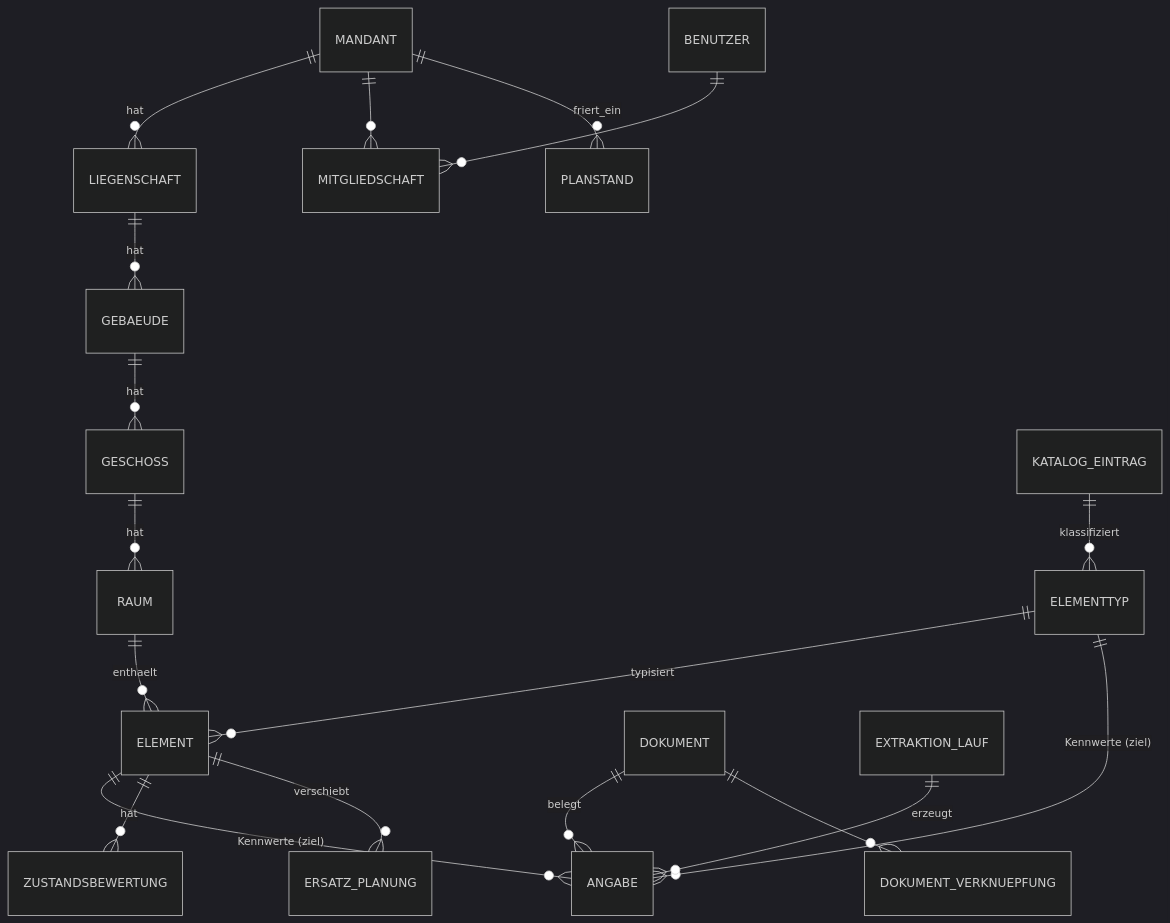
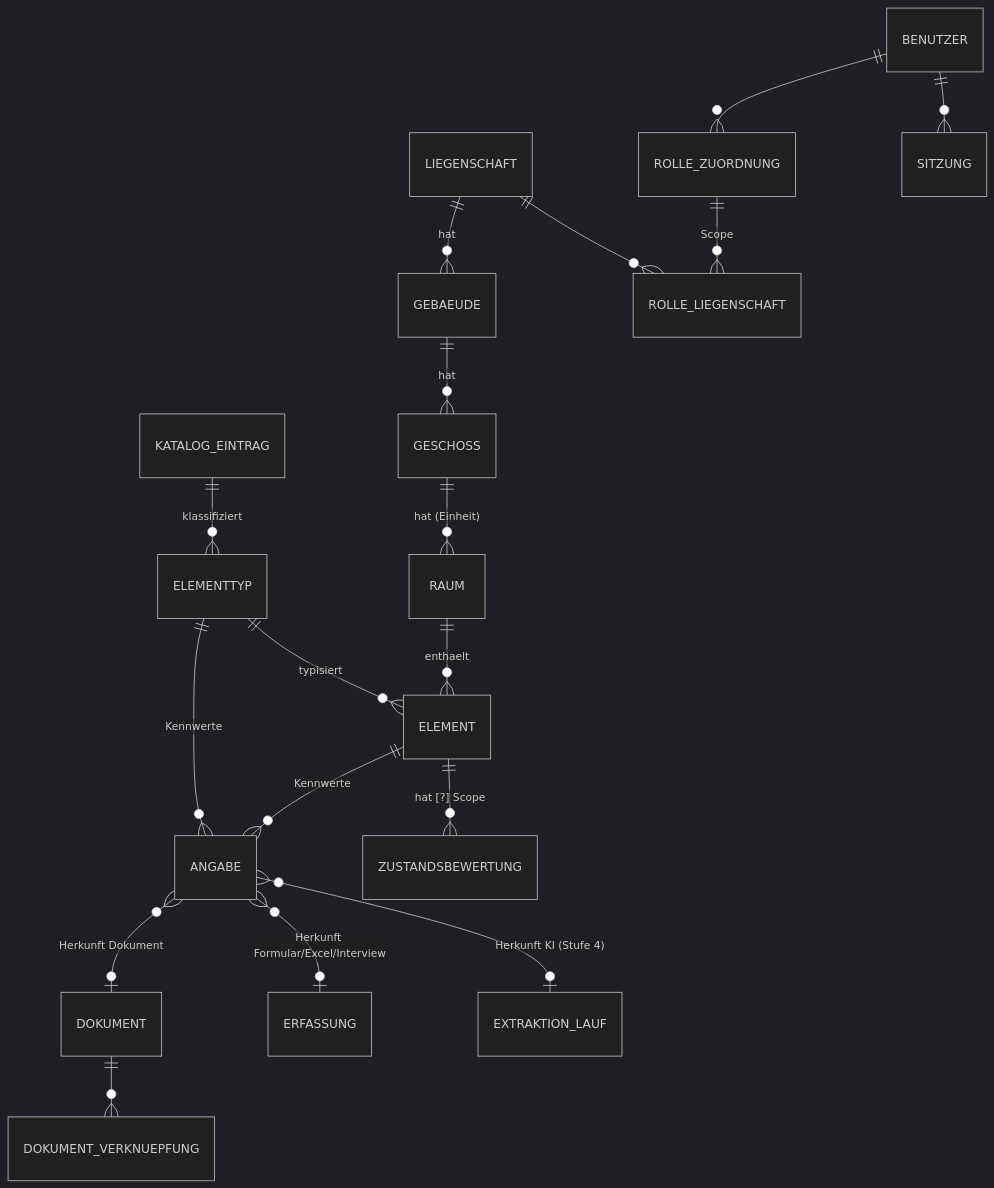
The fourth of 7 diagrams in docs/architektur/03-architektur.md (mattarge04-gif/Planora), drawn with Mermaid (dark theme) before and after one commit. The commit also changed other lines of this file, not shown here.

````diff
--- a/docs/architektur/03-architektur.md
+++ b/docs/architektur/03-architektur.md
@@ -228,20 +228,20 @@
 ```mermaid
 erDiagram
-  MANDANT ||--o{ LIEGENSCHAFT : hat
   LIEGENSCHAFT ||--o{ GEBAEUDE : hat
   GEBAEUDE ||--o{ GESCHOSS : hat
-  GESCHOSS ||--o{ RAUM : hat
+  GESCHOSS ||--o{ RAUM : "hat (Einheit)"
   RAUM ||--o{ ELEMENT : enthaelt
   ELEMENTTYP ||--o{ ELEMENT : typisiert
   KATALOG_EINTRAG ||--o{ ELEMENTTYP : klassifiziert
-  ELEMENT ||--o{ ANGABE : "Kennwerte (ziel)"
-  ELEMENTTYP ||--o{ ANGABE : "Kennwerte (ziel)"
-  DOKUMENT ||--o{ ANGABE : belegt
-  EXTRAKTION_LAUF ||--o{ ANGABE : erzeugt
+  ELEMENT ||--o{ ANGABE : "Kennwerte"
+  ELEMENTTYP ||--o{ ANGABE : "Kennwerte"
+  ANGABE }o--o| DOKUMENT : "Herkunft Dokument"
+  ANGABE }o--o| ERFASSUNG : "Herkunft Formular/Excel/Interview"
+  ANGABE }o--o| EXTRAKTION_LAUF : "Herkunft KI (Stufe 4)"
   DOKUMENT ||--o{ DOKUMENT_VERKNUEPFUNG : ""
-  ELEMENT ||--o{ ZUSTANDSBEWERTUNG : hat
-  ELEMENT ||--o{ ERSATZ_PLANUNG : verschiebt
-  MANDANT ||--o{ MITGLIEDSCHAFT : ""
-  BENUTZER ||--o{ MITGLIEDSCHAFT : ""
-  MANDANT ||--o{ PLANSTAND : friert_ein
+  ELEMENT ||--o{ ZUSTANDSBEWERTUNG : "hat [?] Scope"
+  BENUTZER ||--o{ ROLLE_ZUORDNUNG : ""
+  ROLLE_ZUORDNUNG ||--o{ ROLLE_LIEGENSCHAFT : "Scope"
+  LIEGENSCHAFT ||--o{ ROLLE_LIEGENSCHAFT : ""
+  BENUTZER ||--o{ SITZUNG : ""
 ```
````
